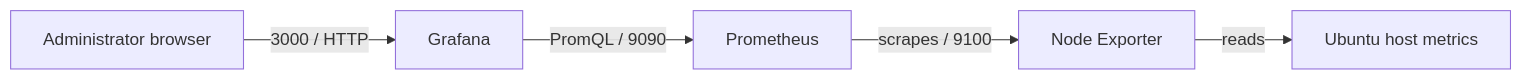
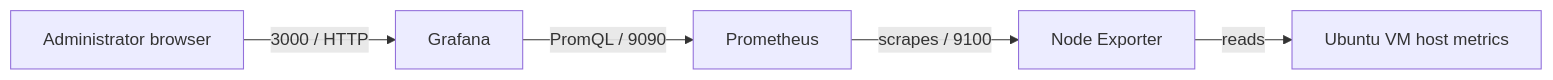
The diagram in README.md (SiddharthKashyapDev/Prometheus-Grafana-Monitoring), drawn with Mermaid before and after one commit. The commit also changed other lines of this file and 3 other files, not shown here.

````diff
--- a/README.md
+++ b/README.md
@@ -18,7 +18,7 @@
 ```mermaid
 flowchart LR
     U["Administrator browser"] -->|"3000 / HTTP"| G["Grafana"]
     G -->|"PromQL / 9090"| P["Prometheus"]
     P -->|"scrapes / 9100"| N["Node Exporter"]
-    N -->|"reads"| L["Ubuntu host metrics"]
+    N -->|"reads"| L["Ubuntu VM host metrics"]
 ```
````
